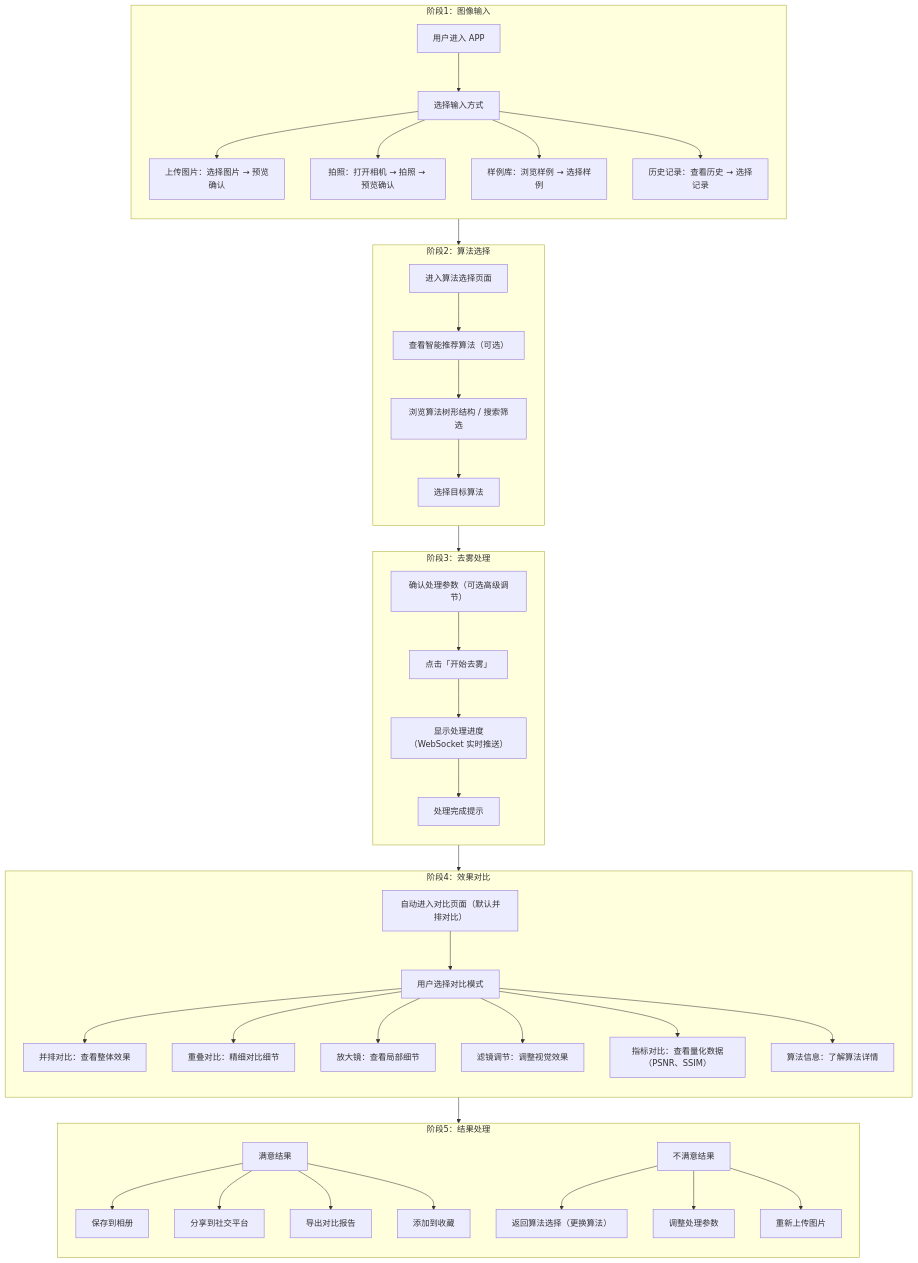
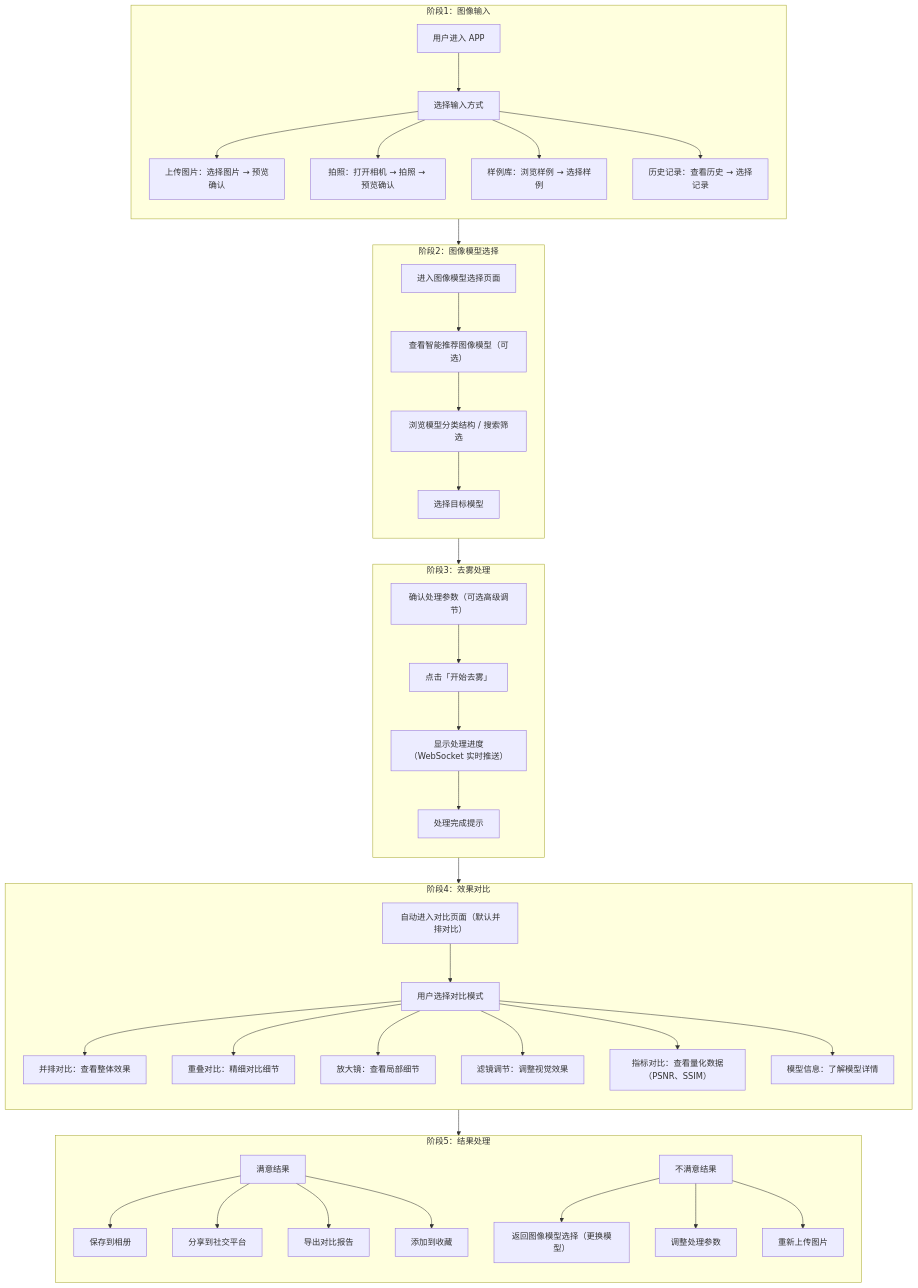
The second of 3 diagrams in dehaze-doc/docs/01-产品设计/01-产品概述.md (earthy-zinc/dehaze-system), drawn with Mermaid before and after one commit. The commit also changed other lines of this file and 239 other files, not shown here.

````diff
--- a/dehaze-doc/docs/01-产品设计/01-产品概述.md
+++ b/dehaze-doc/docs/01-产品设计/01-产品概述.md
@@ -231,76 +231,76 @@
 ```mermaid
 flowchart TB
     subgraph Stage1["阶段1：图像输入"]
         direction TB
         S1_1["用户进入 APP"]
         S1_2["选择输入方式"]
         S1_3["上传图片：选择图片 → 预览确认"]
         S1_4["拍照：打开相机 → 拍照 → 预览确认"]
         S1_5["样例库：浏览样例 → 选择样例"]
         S1_6["历史记录：查看历史 → 选择记录"]
         S1_1 --> S1_2
         S1_2 --> S1_3
         S1_2 --> S1_4
         S1_2 --> S1_5
         S1_2 --> S1_6
     end
 
-    subgraph Stage2["阶段2：算法选择"]
+    subgraph Stage2["阶段2：图像模型选择"]
         direction TB
-        S2_1["进入算法选择页面"]
-        S2_2["查看智能推荐算法（可选）"]
-        S2_3["浏览算法树形结构 / 搜索筛选"]
-        S2_4["选择目标算法"]
+        S2_1["进入图像模型选择页面"]
+        S2_2["查看智能推荐图像模型（可选）"]
+        S2_3["浏览模型分类结构 / 搜索筛选"]
+        S2_4["选择目标模型"]
         S2_1 --> S2_2 --> S2_3 --> S2_4
     end
 
     subgraph Stage3["阶段3：去雾处理"]
         direction TB
         S3_1["确认处理参数（可选高级调节）"]
         S3_2["点击「开始去雾」"]
         S3_3["显示处理进度（WebSocket 实时推送）"]
         S3_4["处理完成提示"]
         S3_1 --> S3_2 --> S3_3 --> S3_4
     end
 
     subgraph Stage4["阶段4：效果对比"]
         direction TB
         S4_1["自动进入对比页面（默认并排对比）"]
         S4_2["用户选择对比模式"]
         S4_3["并排对比：查看整体效果"]
         S4_4["重叠对比：精细对比细节"]
         S4_5["放大镜：查看局部细节"]
         S4_6["滤镜调节：调整视觉效果"]
         S4_7["指标对比：查看量化数据（PSNR、SSIM）"]
-        S4_8["算法信息：了解算法详情"]
+        S4_8["模型信息：了解模型详情"]
         S4_1 --> S4_2
         S4_2 --> S4_3
         S4_2 --> S4_4
         S4_2 --> S4_5
         S4_2 --> S4_6
         S4_2 --> S4_7
         S4_2 --> S4_8
     end
 
     subgraph Stage5["阶段5：结果处理"]
         direction TB
         S5_1["满意结果"]
         S5_2["保存到相册"]
         S5_3["分享到社交平台"]
         S5_4["导出对比报告"]
         S5_5["添加到收藏"]
         S5_6["不满意结果"]
-        S5_7["返回算法选择（更换算法）"]
+        S5_7["返回图像模型选择（更换模型）"]
         S5_8["调整处理参数"]
         S5_9["重新上传图片"]
         S5_1 --> S5_2
         S5_1 --> S5_3
         S5_1 --> S5_4
         S5_1 --> S5_5
         S5_6 --> S5_7
         S5_6 --> S5_8
         S5_6 --> S5_9
     end
 
     Stage1 --> Stage2 --> Stage3 --> Stage4 --> Stage5
 ```
````
